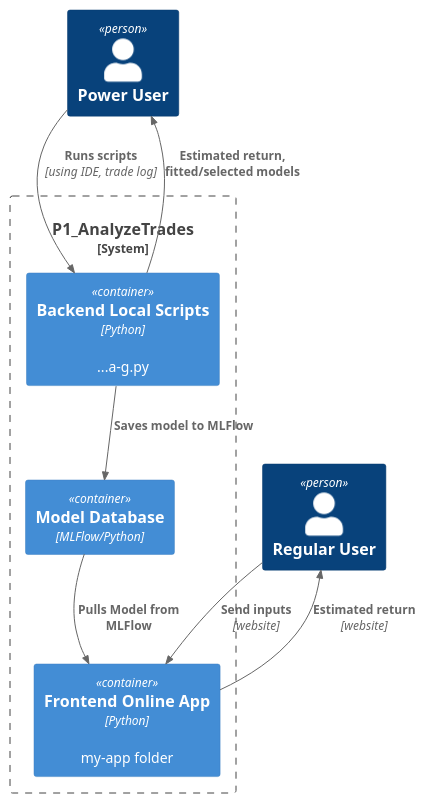
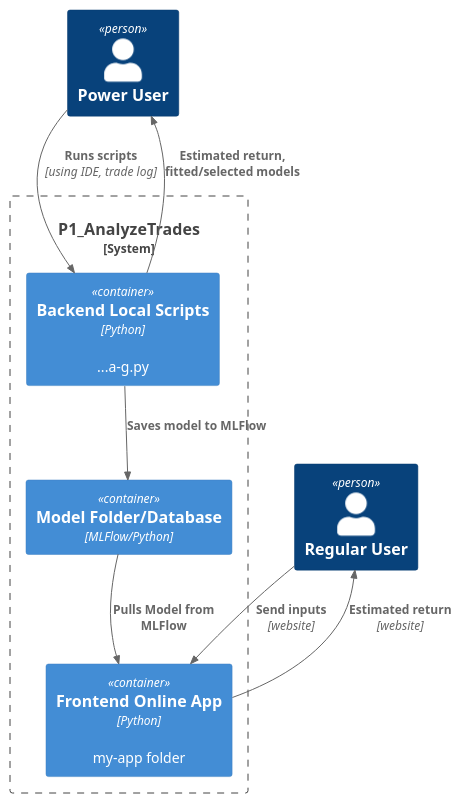
One commit to sws144/quant-trading changed the diagram in P1-AnalyzeTrades/README_C2.puml. Above: the diagram before and after it, drawn with PlantUML. The commit also changed 3 other files, not shown here.

```diff
--- a/P1-AnalyzeTrades/README_C2.puml
+++ b/P1-AnalyzeTrades/README_C2.puml
@@ -1,19 +1,19 @@
 @startuml C2_Containers
 !include https://raw.githubusercontent.com/plantuml-stdlib/C4-PlantUML/master/C4_Container.puml
 
 Person(admin, "Power User")
 Person(user1, "Regular User")
 
 System_Boundary(c1, "P1_AnalyzeTrades") {
     Container(backend, "Backend Local Scripts", "Python", "...a-g.py")
     Container(frontend, "Frontend Online App", "Python", "my-app folder")
-    Container(models, "Model Database", "MLFlow/Python")
+    Container(models, "Model Folder/Database", "MLFlow/Python")
 }
 Rel(admin, backend, "Runs scripts", "using IDE, trade log")
 Rel(backend, admin, "Estimated return, fitted/selected models")
 Rel(backend, models, "Saves model to MLFlow")
 
 Rel(user1, frontend, "Send inputs", "website")
 Rel(frontend, user1, "Estimated return", "website")
 Rel(models,frontend , "Pulls Model from MLFlow")
 @enduml
```
